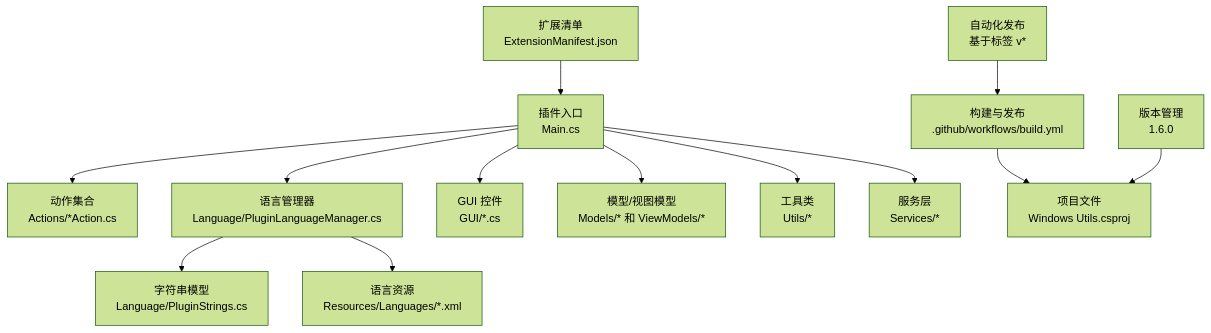
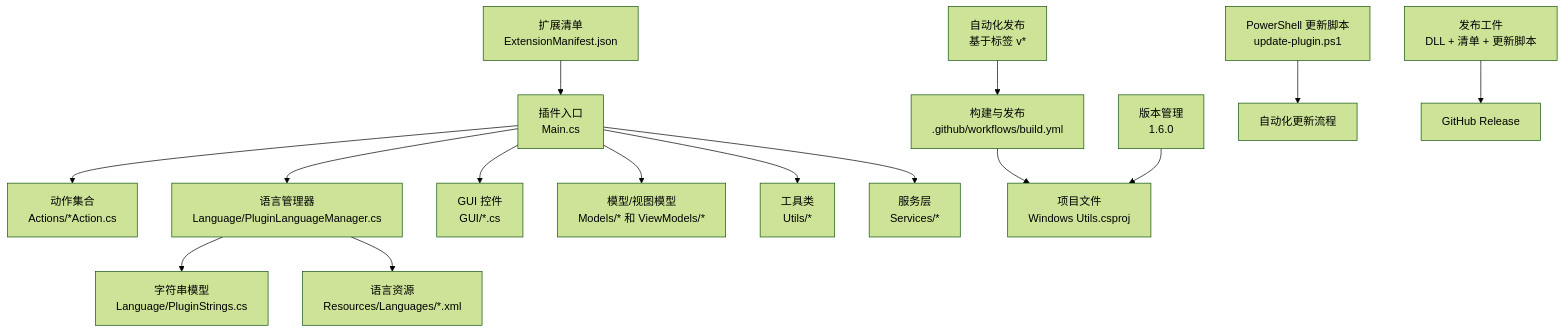
One commit to tea4go/Macro-Deck-Windows-Utils-Plugin changed the first of 8 diagrams in .qoder/repowiki/zh/content/贡献指南.md. Above: the diagram before and after it, drawn with Mermaid (forest theme). The commit also changed other lines of this file and 15 other files, not shown here.

````diff
--- a/.qoder/repowiki/zh/content/贡献指南.md
+++ b/.qoder/repowiki/zh/content/贡献指南.md
@@ -49,15 +50,17 @@
 ```mermaid
 graph TB
 A["插件入口<br/>Main.cs"] --> B["动作集合<br/>Actions/*Action.cs"]
 A --> C["语言管理器<br/>Language/PluginLanguageManager.cs"]
 C --> D["字符串模型<br/>Language/PluginStrings.cs"]
 C --> E["语言资源<br/>Resources/Languages/*.xml"]
 A --> F["GUI 控件<br/>GUI/*.cs"]
 A --> G["模型/视图模型<br/>Models/* 和 ViewModels/*"]
 A --> H["工具类<br/>Utils/*"]
 A --> I["服务层<br/>Services/*"]
 J["构建与发布<br/>.github/workflows/build.yml"] --> K["项目文件<br/>Windows Utils.csproj"]
 L["扩展清单<br/>ExtensionManifest.json"] --> A
 M["自动化发布<br/>基于标签 v*"] --> J
 N["版本管理<br/>1.6.0"] --> K
+O["PowerShell 更新脚本<br/>update-plugin.ps1"] --> P["自动化更新流程"]
+Q["发布工件<br/>DLL + 清单 + 更新脚本"] --> R["GitHub Release"]
 ```
````
